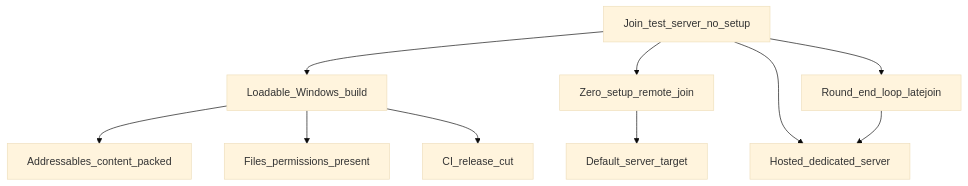
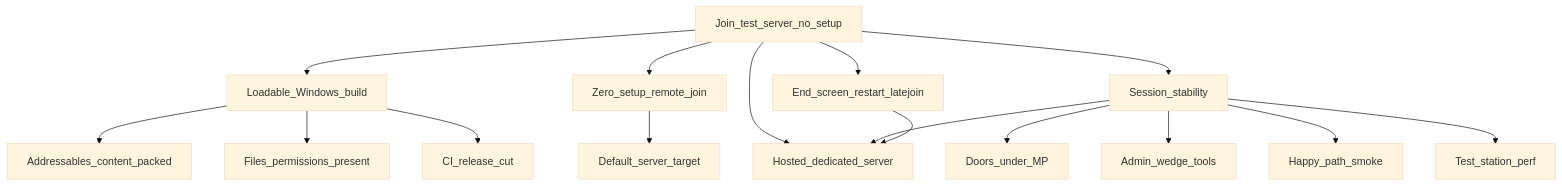
One commit to henkhooft/SS3D changed the diagram in Documents/milestones/test-server.md. Above: the diagram before and after it, drawn with Mermaid (base theme). The commit also changed other lines of this file and 5 other files, not shown here.

````diff
--- a/Documents/milestones/test-server.md
+++ b/Documents/milestones/test-server.md
@@ -24,22 +27,33 @@
 ```mermaid
 flowchart TB
   ts[Join_test_server_no_setup]
   build[Loadable_Windows_build]
   content[Addressables_content_packed]
   perms[Files_permissions_present]
   join[Zero_setup_remote_join]
   target[Default_server_target]
   server[Hosted_dedicated_server]
-  loop[Round_end_loop_latejoin]
+  stable[Session_stability]
+  doors[Doors_under_MP]
+  admin[Admin_wedge_tools]
+  smoke[Happy_path_smoke]
+  perf[Test_station_perf]
+  loop[End_screen_restart_latejoin]
   cut[CI_release_cut]
 
   ts --> build
   ts --> join
   ts --> server
+  ts --> stable
   ts --> loop
   build --> content
   build --> perms
   build --> cut
   join --> target
+  stable --> server
+  stable --> doors
+  stable --> admin
+  stable --> smoke
+  stable --> perf
   loop --> server
 ```
````
